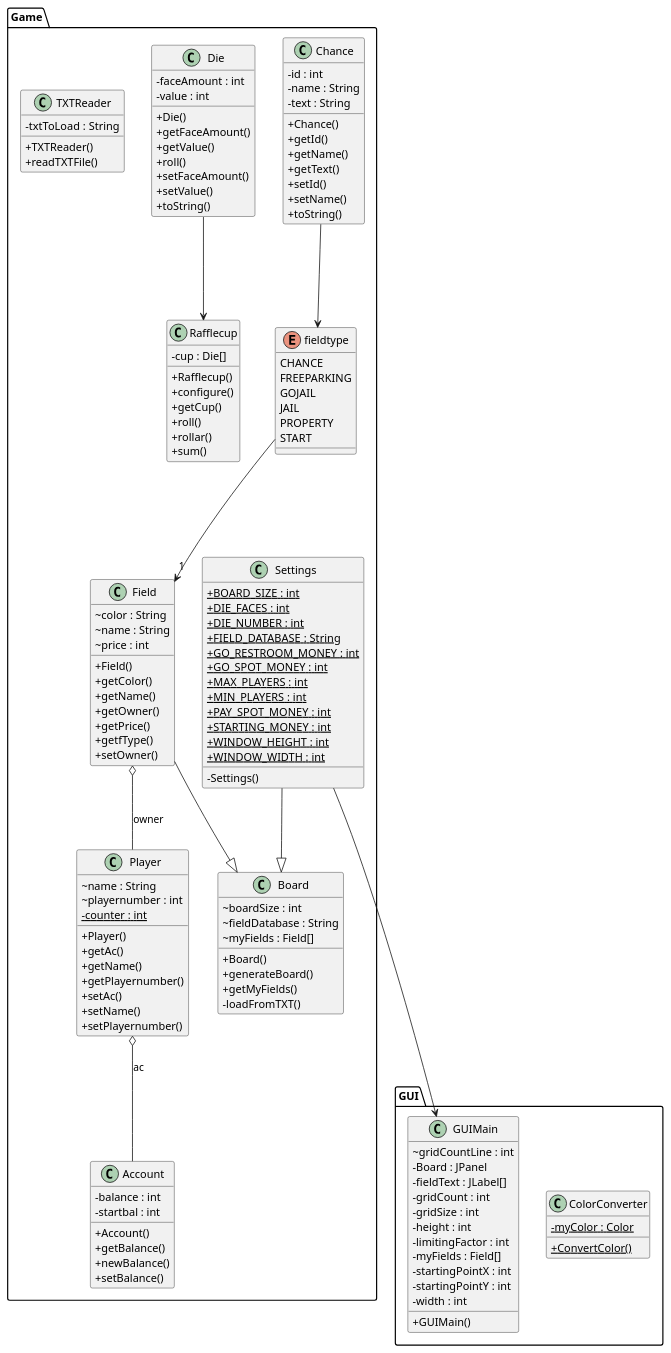
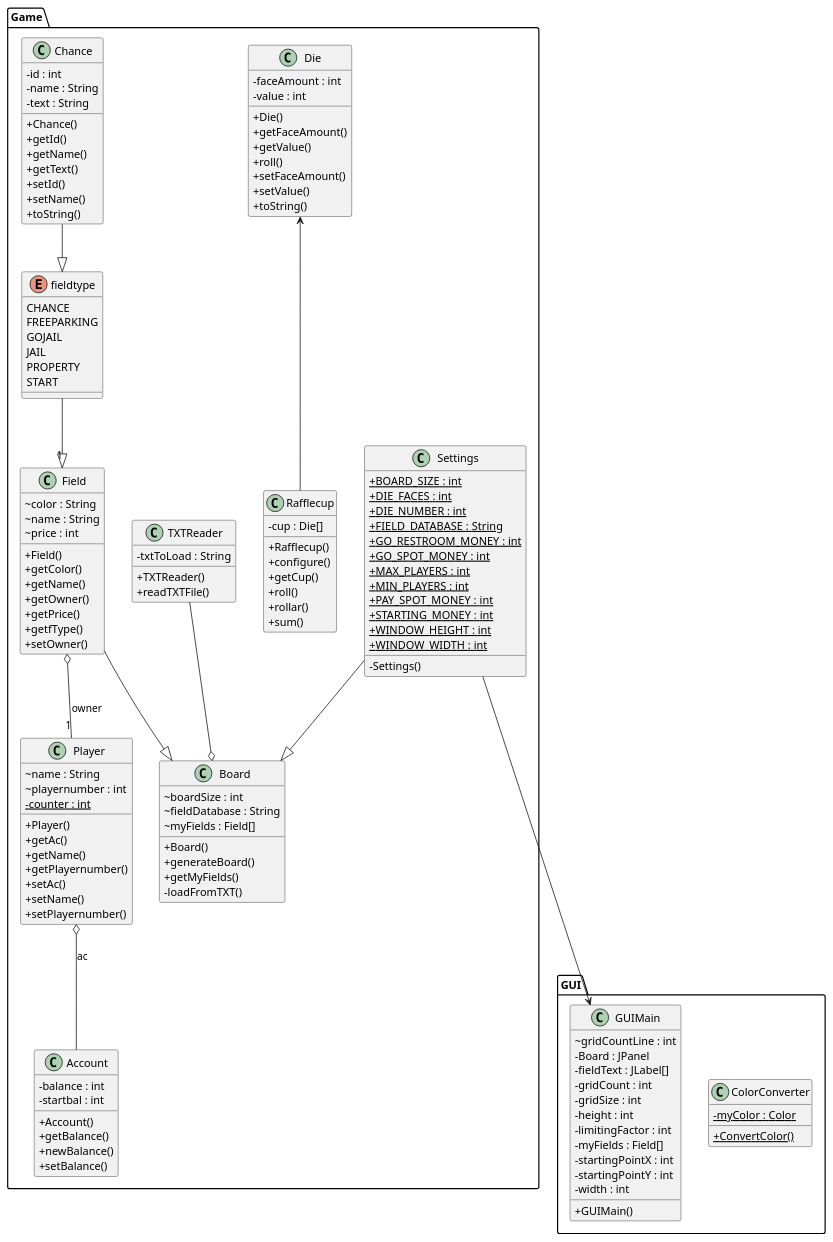
The diagram in src/Game/Diagrams/DesignClassDiagram.puml (GoodGithubAccount/02_CDIO3), drawn with PlantUML before and after one commit.

Commit message:
tuder. my work was lost.

```diff
--- a/src/Game/Diagrams/DesignClassDiagram.puml
+++ b/src/Game/Diagrams/DesignClassDiagram.puml
@@ -1,170 +1,170 @@
 @startuml
 
 skinparam classAttributeIconSize 0
 
   namespace Game {
     class Game.Account {
         - balance : int
         - startbal : int
         + Account()
         + getBalance()
         + newBalance()
         + setBalance()
     }
   }
   namespace Game {
     class Game.Board {
         ~ boardSize : int
         ~ fieldDatabase : String
         ~ myFields : Field[]
         + Board()
         + generateBoard()
         + getMyFields()
         - loadFromTXT()
     }
   }
 
   namespace Game {
     class Game.Chance {
         - id : int
         - name : String
         - text : String
         + Chance()
         + getId()
         + getName()
         + getText()
         + setId()
         + setName()
         + toString()
     }
   }
 
   namespace Game {
     class Game.Die {
         - faceAmount : int
         - value : int
         + Die()
         + getFaceAmount()
         + getValue()
         + roll()
         + setFaceAmount()
         + setValue()
         + toString()
     }
   }
 
   namespace Game {
     class Game.Field {
         ~ color : String
         ~ name : String
         ~ price : int
         + Field()
         + getColor()
         + getName()
         + getOwner()
         + getPrice()
         + getfType()
         + setOwner()
     }
   }
 
   namespace Game {
     enum fieldtype {
       CHANCE
       FREEPARKING
       GOJAIL
       JAIL
       PROPERTY
       START
     }
   }
 
   namespace Game {
     class Game.Player {
         ~ name : String
         ~ playernumber : int
         {static} - counter : int
         + Player()
         + getAc()
         + getName()
         + getPlayernumber()
         + setAc()
         + setName()
         + setPlayernumber()
     }
   }
 
   namespace Game {
     class Game.Rafflecup {
         - cup : Die[]
         + Rafflecup()
         + configure()
         + getCup()
         + roll()
         + rollar()
         + sum()
     }
   }
 
   namespace Game {
     class Game.Settings {
         {static} + BOARD_SIZE : int
         {static} + DIE_FACES : int
         {static} + DIE_NUMBER : int
         {static} + FIELD_DATABASE : String
         {static} + GO_RESTROOM_MONEY : int
         {static} + GO_SPOT_MONEY : int
         {static} + MAX_PLAYERS : int
         {static} + MIN_PLAYERS : int
         {static} + PAY_SPOT_MONEY : int
         {static} + STARTING_MONEY : int
         {static} + WINDOW_HEIGHT : int
         {static} + WINDOW_WIDTH : int
         - Settings()
     }
   }
 
   namespace Game {
     class Game.TXTReader {
         - txtToLoad : String
         + TXTReader()
         + readTXTFile()
     }
   }
 
   namespace GUI {
       class GUI.ColorConverter {
           {static} - myColor : Color
           {static} + ConvertColor()
       }
     }
 
     namespace GUI {
       class GUI.GUIMain {
           ~ gridCountLine : int
           - Board : JPanel
           - fieldText : JLabel[]
           - gridCount : int
           - gridSize : int
           - height : int
           - limitingFactor : int
           - myFields : Field[]
           - startingPointX : int
           - startingPointY : int
           - width : int
           + GUIMain()
       }
     }
 
-  Game.Field o-- Game.Player : owner
+  Game.Field o-- "1" Game.Player : owner
 
   Game.Player o-- Game.Account : ac
     Game.Field --|> Game.Board
     Game.Settings --|> Game.Board
-Game.Die ---> Game.Rafflecup
-Game.fieldtype ---> "1" Game.Field
+Game.Die <--- Game.Rafflecup
+Game.fieldtype --|> "1" Game.Field
 Game.Settings ---> GUI.GUIMain
-Game.Chance ---> Game.fieldtype
-
+Game.Chance --|> Game.fieldtype
+Game.TXTReader --o Game.Board
 
 @enduml
```
